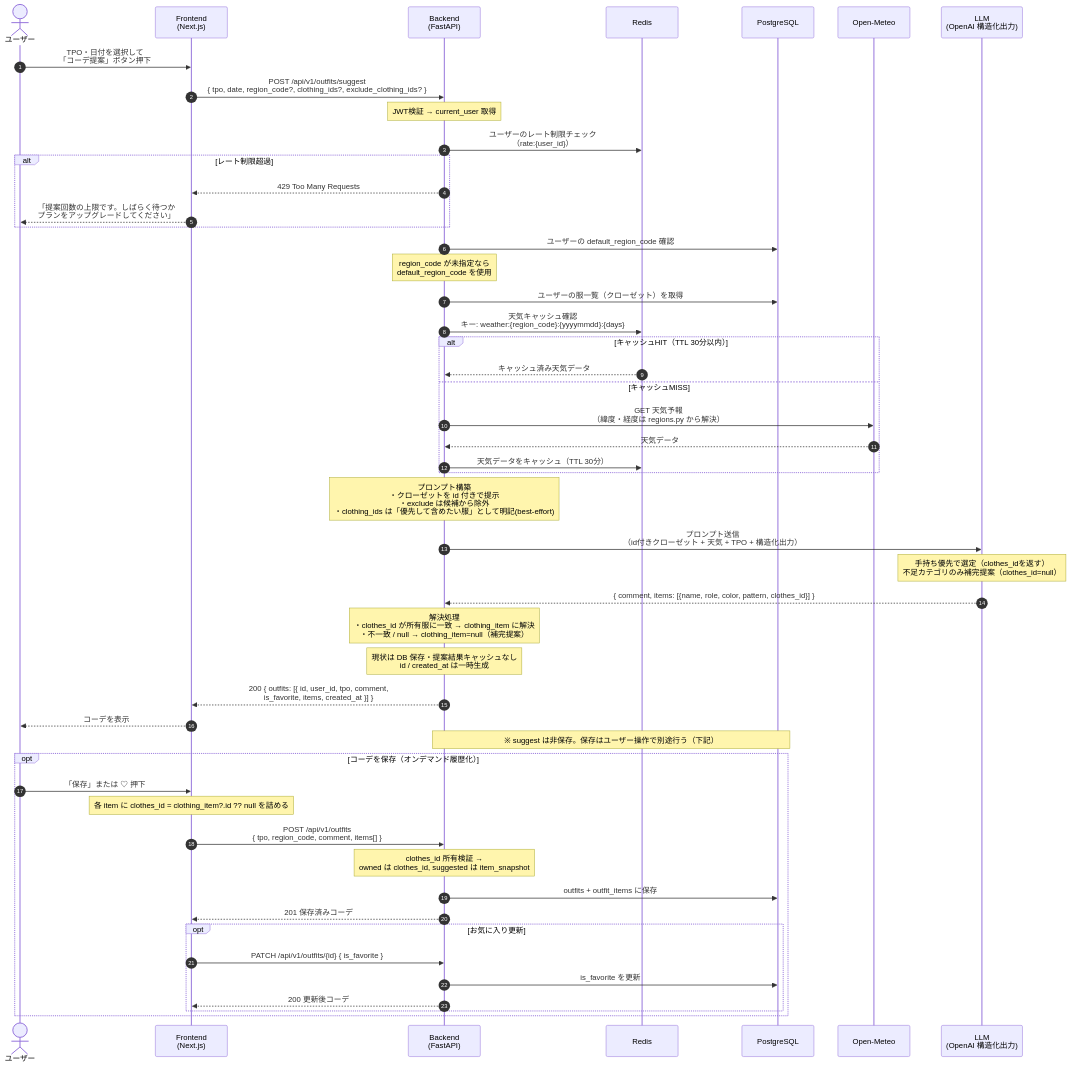
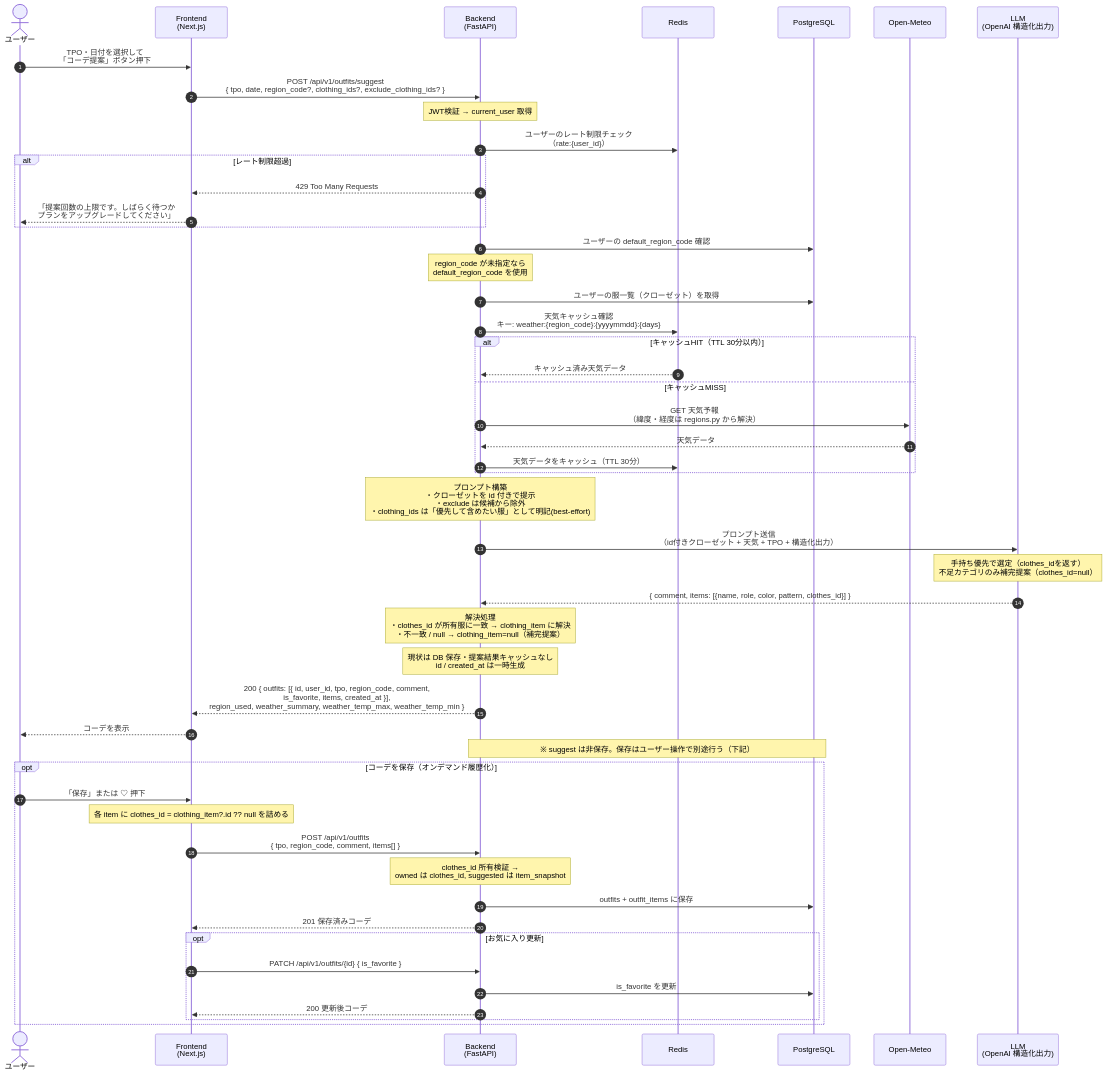
One commit to ms-engineer-bc26-01/teamB_section_9 changed the first of 3 diagrams in docs/sequence-diagrams.md. Above: the diagram before and after it, drawn with Mermaid. The commit also changed 3 other files, not shown here.

````diff
--- a/docs/sequence-diagrams.md
+++ b/docs/sequence-diagrams.md
@@ -5,64 +5,64 @@
 ```mermaid
 sequenceDiagram
     autonumber
     actor User as ユーザー
     participant FE as Frontend<br/>(Next.js)
     participant BE as Backend<br/>(FastAPI)
     participant Redis
     participant DB as PostgreSQL
     participant Weather as Open-Meteo
     participant LLM as LLM<br/>(OpenAI 構造化出力)
 
     User->>FE: TPO・日付を選択して<br/>「コーデ提案」ボタン押下
 
     FE->>BE: POST /api/v1/outfits/suggest<br/>{ tpo, date, region_code?, clothing_ids?, exclude_clothing_ids? }
     Note over BE: JWT検証 → current_user 取得
 
     BE->>Redis: ユーザーのレート制限チェック<br/>（rate:{user_id}）
     alt レート制限超過
         BE-->>FE: 429 Too Many Requests
         FE-->>User: 「提案回数の上限です。しばらく待つか<br/>プランをアップグレードしてください」
     end
 
     BE->>DB: ユーザーの default_region_code 確認
     Note over BE: region_code が未指定なら<br/>default_region_code を使用
 
     BE->>DB: ユーザーの服一覧（クローゼット）を取得
 
     BE->>Redis: 天気キャッシュ確認<br/>キー: weather:{region_code}:{yyyymmdd}:{days}
     alt キャッシュHIT（TTL 30分以内）
         Redis-->>BE: キャッシュ済み天気データ
     else キャッシュMISS
         BE->>Weather: GET 天気予報<br/>（緯度・経度は regions.py から解決）
         Weather-->>BE: 天気データ
         BE->>Redis: 天気データをキャッシュ（TTL 30分）
     end
 
     Note over BE: プロンプト構築<br/>・クローゼットを id 付きで提示<br/>・exclude は候補から除外<br/>・clothing_ids は「優先して含めたい服」として明記(best-effort)
 
     BE->>LLM: プロンプト送信<br/>（id付きクローゼット + 天気 + TPO + 構造化出力）
     Note over LLM: 手持ち優先で選定（clothes_idを返す）<br/>不足カテゴリのみ補完提案（clothes_id=null）
     LLM-->>BE: { comment, items: [{name, role, color, pattern, clothes_id}] }
 
     Note over BE: 解決処理<br/>・clothes_id が所有服に一致 → clothing_item に解決<br/>・不一致 / null → clothing_item=null（補完提案）
 
     Note over BE: 現状は DB 保存・提案結果キャッシュなし<br/>id / created_at は一時生成
-    BE-->>FE: 200 { outfits: [{ id, user_id, tpo, comment,<br/>is_favorite, items, created_at }] }
+    BE-->>FE: 200 { outfits: [{ id, user_id, tpo, region_code, comment,<br/>is_favorite, items, created_at }],<br/>region_used, weather_summary, weather_temp_max, weather_temp_min }
     FE-->>User: コーデを表示
 
     Note over BE,DB: ※ suggest は非保存。保存はユーザー操作で別途行う（下記）
 
     opt コーデを保存（オンデマンド履歴化）
         User->>FE: 「保存」または ♡ 押下
         Note over FE: 各 item に clothes_id = clothing_item?.id ?? null を詰める
         FE->>BE: POST /api/v1/outfits<br/>{ tpo, region_code, comment, items[] }
         Note over BE: clothes_id 所有検証 →<br/>owned は clothes_id, suggested は item_snapshot
         BE->>DB: outfits + outfit_items に保存
         BE-->>FE: 201 保存済みコーデ
         opt お気に入り更新
             FE->>BE: PATCH /api/v1/outfits/{id} { is_favorite }
             BE->>DB: is_favorite を更新
             BE-->>FE: 200 更新後コーデ
         end
     end
 ```
````
